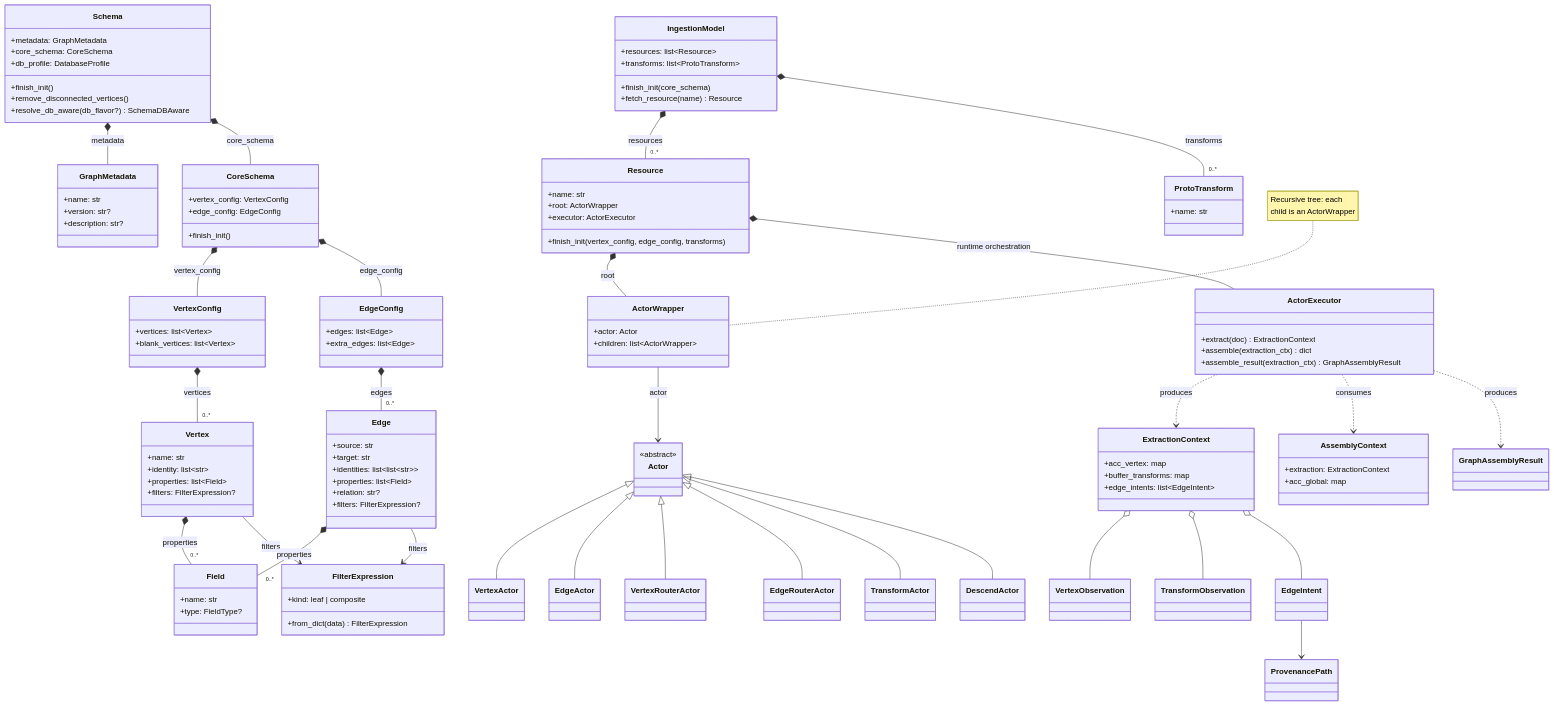
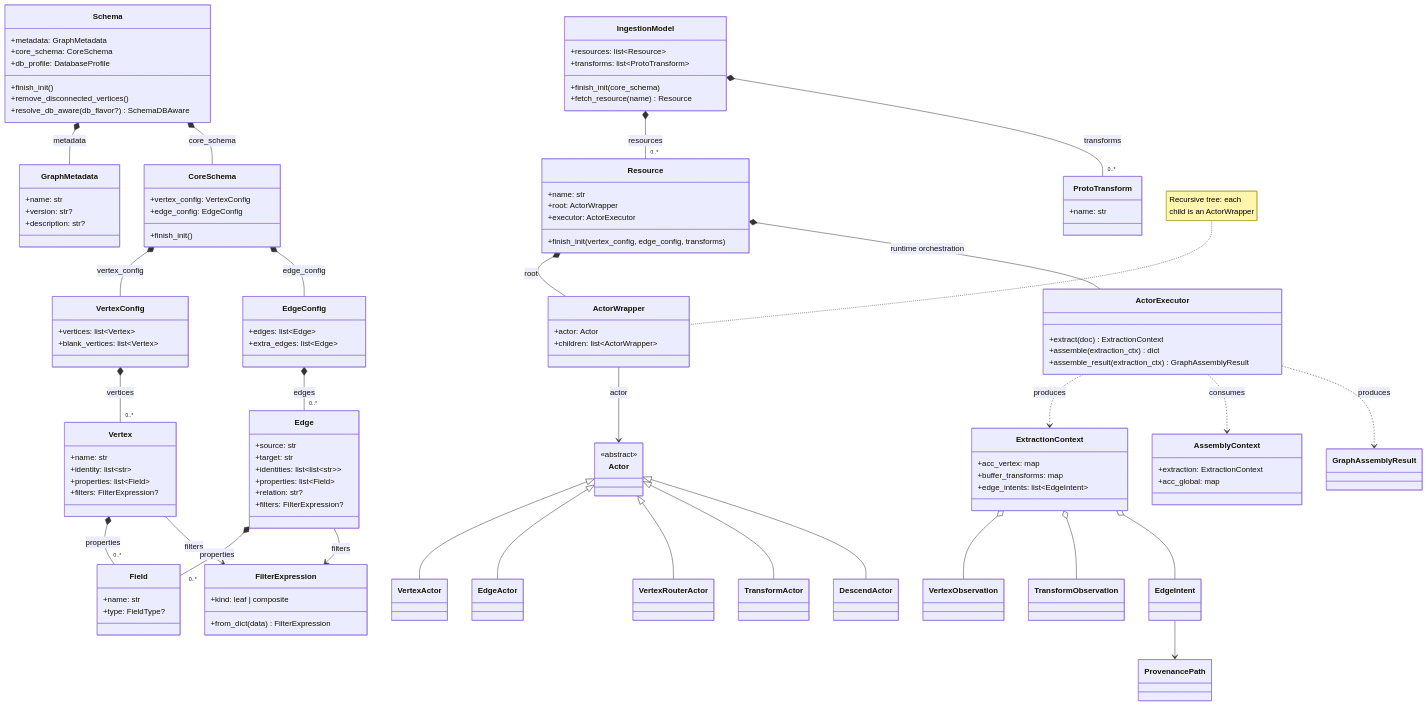
The fourth of 8 diagrams in docs/concepts/index.md (growgraph/graflo), drawn with Mermaid before and after one commit. The commit also changed other lines of this file and 45 other files, not shown here.

Commit message:
improvements for EdgeActor <- dynamic, EdgeRouter <- retired

````diff
--- a/docs/concepts/index.md
+++ b/docs/concepts/index.md
@@ -292,7 +292,6 @@
     class VertexActor
     class EdgeActor
     class VertexRouterActor
-    class EdgeRouterActor
     class TransformActor
     class DescendActor
 
@@ -351,7 +350,6 @@
     Actor <|-- VertexActor
     Actor <|-- EdgeActor
     Actor <|-- VertexRouterActor
-    Actor <|-- EdgeRouterActor
     Actor <|-- TransformActor
     Actor <|-- DescendActor
 ```
````
